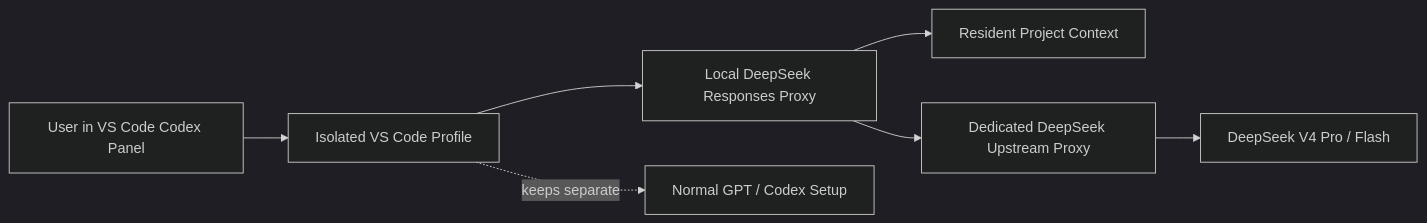
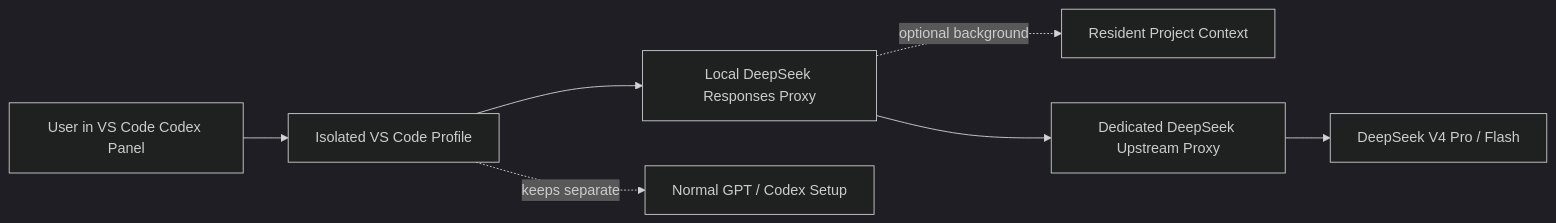
One commit to norname-shine/DeepSeek-VS_Codex-GUI changed the second of 2 diagrams in README.md. Above: the diagram before and after it, drawn with Mermaid (dark theme). The commit also changed other lines of this file and 4 other files, not shown here.

````diff
--- a/README.md
+++ b/README.md
@@ -285,10 +317,10 @@
 ```mermaid
 flowchart LR
   A[User in VS Code Codex Panel] --> B[Isolated VS Code Profile]
   B --> C[Local DeepSeek Responses Proxy]
-  C --> D[Resident Project Context]
+  C -. optional background .-> D[Resident Project Context]
   C --> E[Dedicated DeepSeek Upstream Proxy]
   E --> F[DeepSeek V4 Pro / Flash]
 
   B -. keeps separate .-> G[Normal GPT / Codex Setup]
 ```
````
